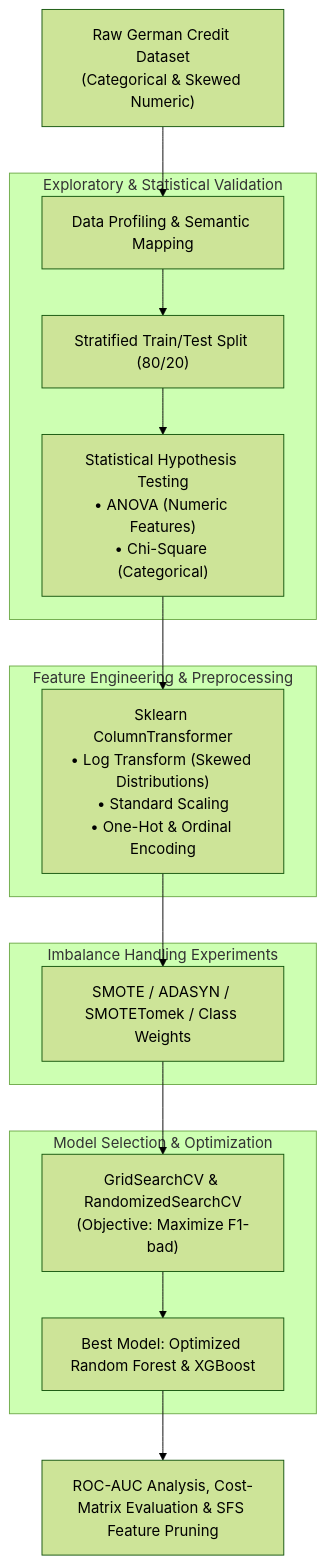
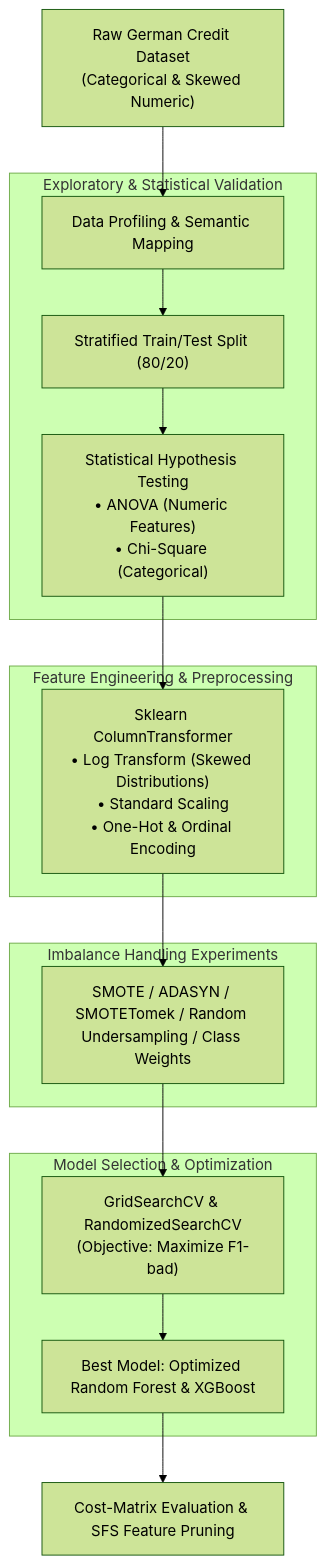
The diagram in README.md (hidemet/credit-risk-classification-models), drawn with Mermaid (forest theme) before and after one commit. The commit also changed other lines of this file, not shown here.

````diff
--- a/README.md
+++ b/README.md
@@ -41,24 +45,24 @@
 ```mermaid
 graph TD
     Data["Raw German Credit Dataset<br/>(Categorical & Skewed Numeric)"] --> Pre["Data Profiling & Semantic Mapping"]
     
     subgraph EDA ["Exploratory & Statistical Validation"]
         Pre --> Split["Stratified Train/Test Split (80/20)"]
         Split --> Stat["Statistical Hypothesis Testing<br/>• ANOVA (Numeric Features)<br/>• Chi-Square (Categorical)"]
     end
 
     subgraph FeatureEng ["Feature Engineering & Preprocessing"]
         Stat --> Pipe["Sklearn ColumnTransformer<br/>• Log Transform (Skewed Distributions)<br/>• Standard Scaling<br/>• One-Hot & Ordinal Encoding"]
     end
 
     subgraph Resampling ["Imbalance Handling Experiments"]
-        Pipe --> Smote["SMOTE / ADASYN / SMOTETomek / Class Weights"]
+        Pipe --> Smote["SMOTE / ADASYN / SMOTETomek / Random Undersampling / Class Weights"]
     end
 
     subgraph Modeling ["Model Selection & Optimization"]
         Smote --> Tuning["GridSearchCV & RandomizedSearchCV<br/>(Objective: Maximize F1-bad)"]
         Tuning --> FinalModel["Best Model: Optimized Random Forest & XGBoost"]
     end
 
-    FinalModel --> Eval["ROC-AUC Analysis, Cost-Matrix Evaluation & SFS Feature Pruning"]
+    FinalModel --> Eval["Cost-Matrix Evaluation & SFS Feature Pruning"]
 ```
````
